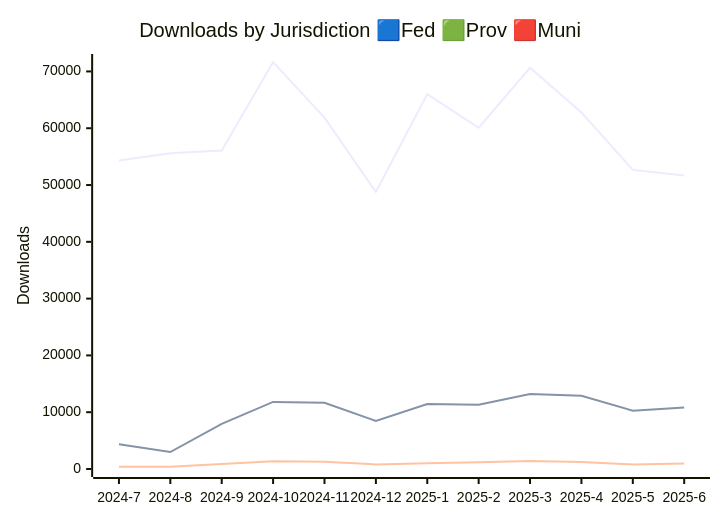
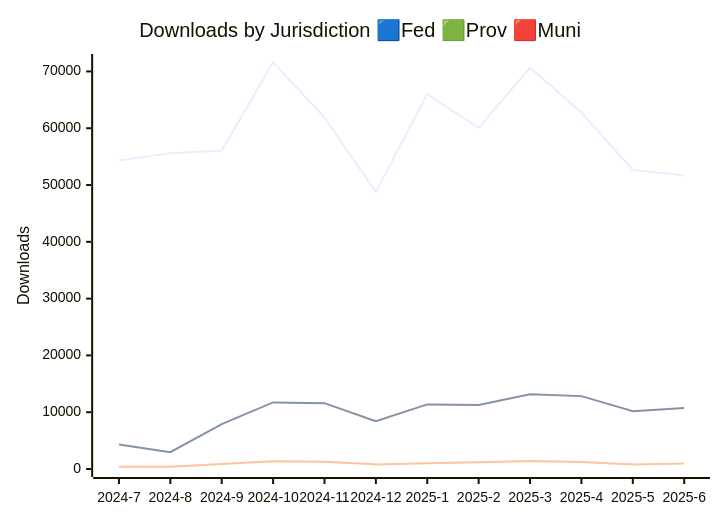
One commit to open-data/analytics-corporate-reporting changed the diagram in JURISDICTION_ANALYTICS_REPORT/readme.md. Above: the diagram before and after it, drawn with Mermaid. The commit also changed 2 other files, not shown here.

````diff
--- a/JURISDICTION_ANALYTICS_REPORT/readme.md
+++ b/JURISDICTION_ANALYTICS_REPORT/readme.md
@@ -4,10 +4,10 @@
 ```mermaid
 
 xychart-beta
     title "Downloads by Jurisdiction 🟦Fed 🟩Prov 🟥Muni"
     x-axis [2024-7, 2024-8, 2024-9, 2024-10, 2024-11, 2024-12, 2025-1, 2025-2, 2025-3, 2025-4, 2025-5, 2025-6]
     y-axis "Downloads" 0 --> 71663
     line [54331, 55592, 56076, 71653, 61880, 48792, 66001, 60081, 70650, 62777, 52664, 51665]
-    line [4341, 2990, 7954, 11808, 11656, 8462, 11453, 11304, 13218, 12907, 10271, 10818]
+    line [4297, 2950, 7905, 11718, 11596, 8408, 11374, 11257, 13155, 12832, 10184, 10751]
     line [416, 398, 879, 1358, 1267, 801, 1001, 1170, 1408, 1229, 806, 966]
 ```
````
